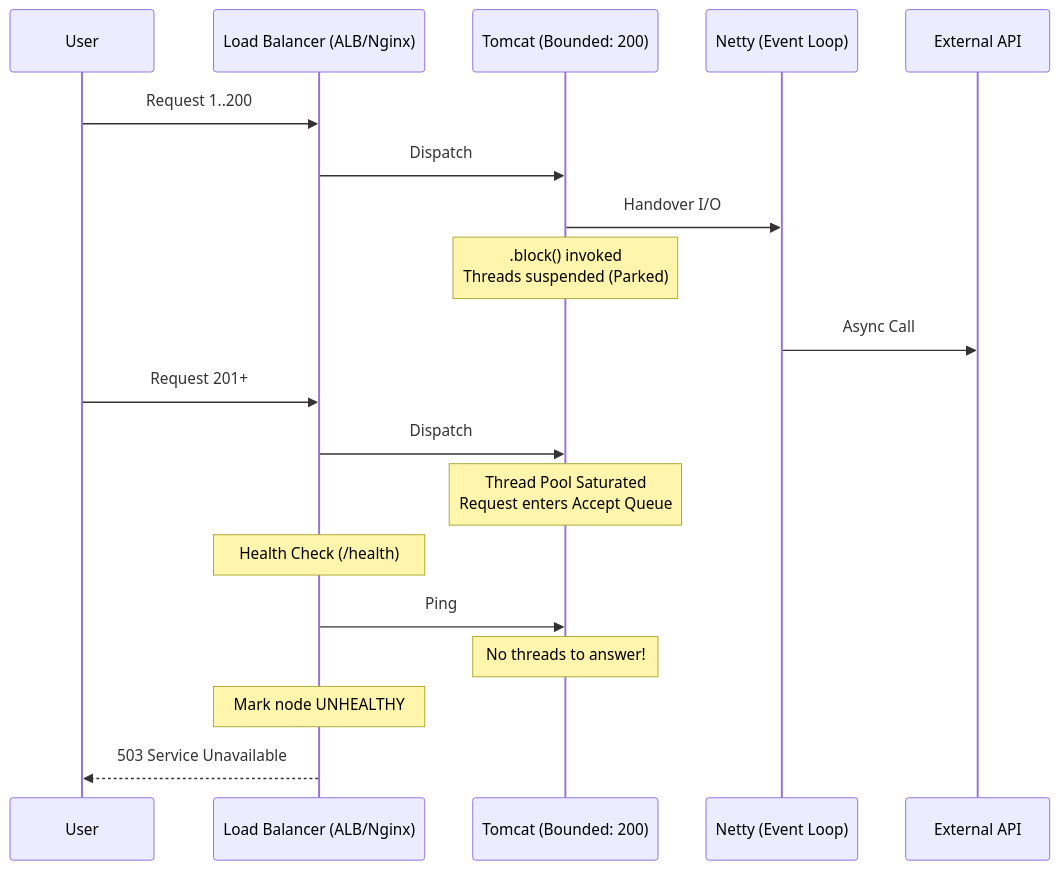
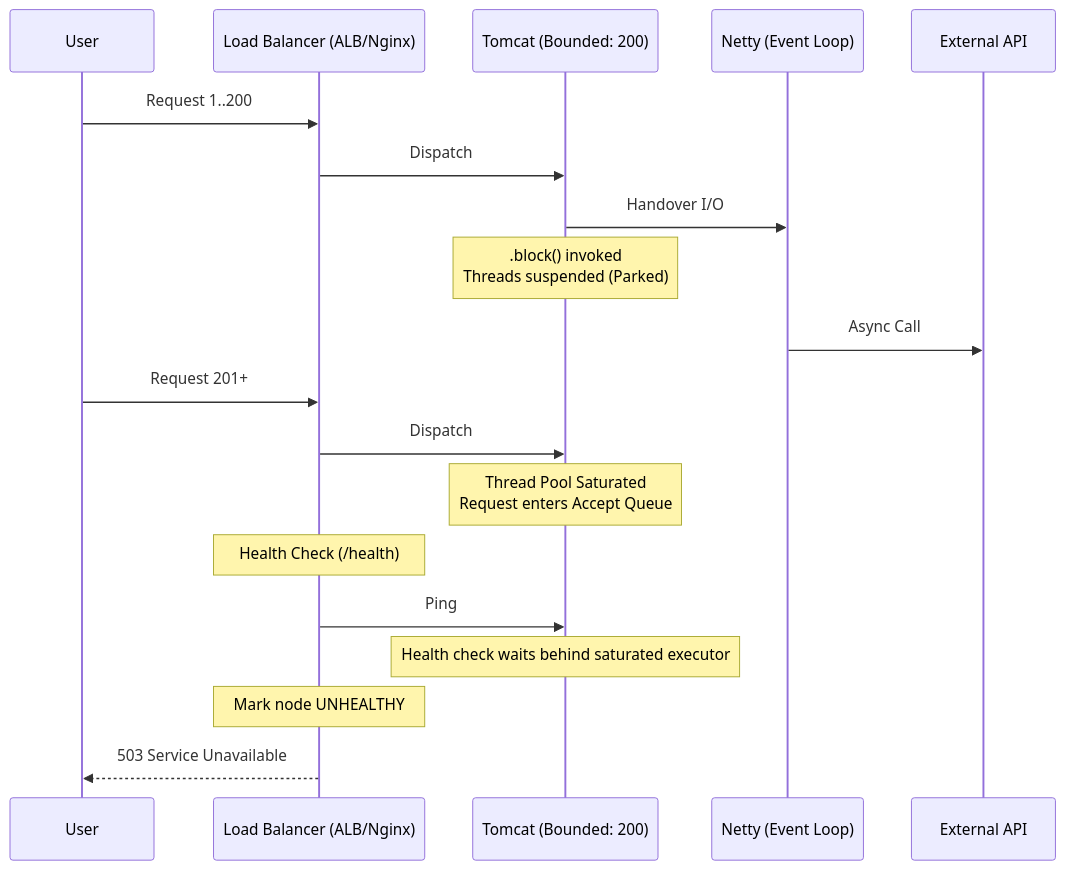
The diagram in content/posts/series_4/1.the_illusion_of_non_blocking_and_thread_starvation.md (tuanhiep/principal), drawn with Mermaid before and after one commit. The commit also changed other lines of this file, not shown here.

Commit message:
Autopsy of a Hybrid Architecture (1/4): The Illusion of Non-Blocking & Thread Starvation

````diff
--- a/content/posts/series_4/1.the_illusion_of_non_blocking_and_thread_starvation.md
+++ b/content/posts/series_4/1.the_illusion_of_non_blocking_and_thread_starvation.md
@@ -83,25 +83,25 @@
 ```mermaid
 sequenceDiagram
     participant User
     participant LB as Load Balancer (ALB/Nginx)
     participant Tomcat as Tomcat (Bounded: 200)
     participant Netty as Netty (Event Loop)
     participant API as External API
 
     User->>LB: Request 1..200
     LB->>Tomcat: Dispatch
     Tomcat->>Netty: Handover I/O
     Note over Tomcat: .block() invoked<br/>Threads suspended (Parked)
     Netty->>API: Async Call
     
     User->>LB: Request 201+
     LB->>Tomcat: Dispatch
     Note over Tomcat: Thread Pool Saturated<br/>Request enters Accept Queue
     
     Note over LB: Health Check (/health)
     LB->>Tomcat: Ping
-    Note over Tomcat: No threads to answer!
+    Note over Tomcat: Health check waits behind saturated executor
     
     Note over LB: Mark node UNHEALTHY
     LB-->>User: 503 Service Unavailable
 ```
````
